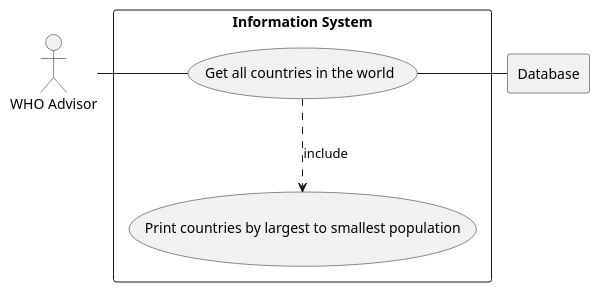
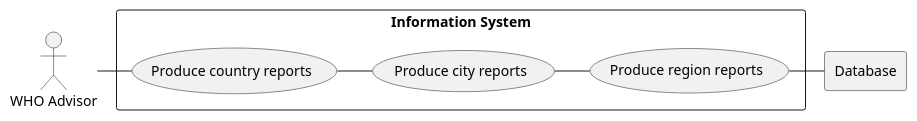
Before and after one commit to OlavJDigranes/SEMCoursework: the diagram in use-cases/Coursework.puml, drawn with PlantUML.

```diff
--- a/use-cases/Coursework.puml
+++ b/use-cases/Coursework.puml
@@ -1,16 +1,19 @@
 @startuml
 actor WHO as "WHO Advisor"
 
 rectangle Database
 
 rectangle "Information System"{
-    usecase UC1 as "Get all countries in the world"
+    usecase UC1 as "Produce country reports"
 
-    usecase UCa as "Print countries by largest to smallest population"
+    usecase UC2 as "Produce city reports"
+
+    usecase UC3 as "Produce region reports"
 
     WHO - UC1
-    UC1 ..> UCa : include
-    UC1 - Database
+    UC1 - UC2
+    UC2 - UC3
+    UC3 - Database
 
 }
 @enduml
```
